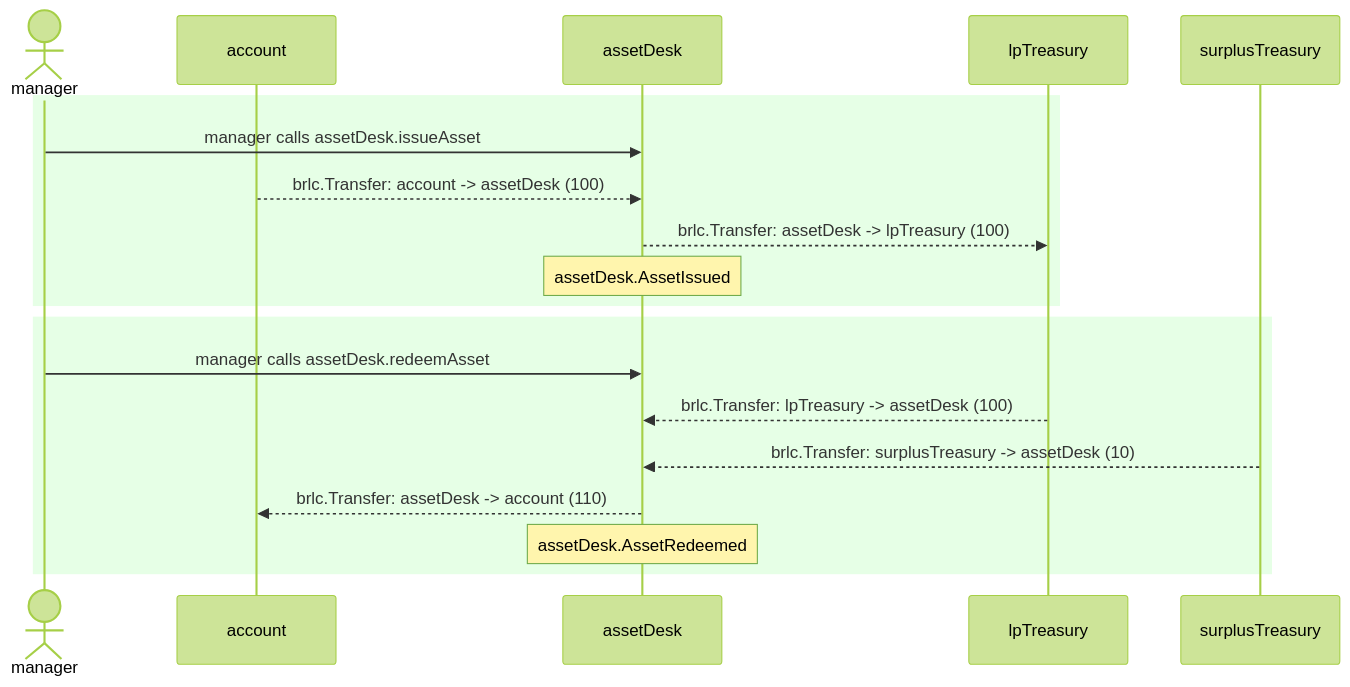
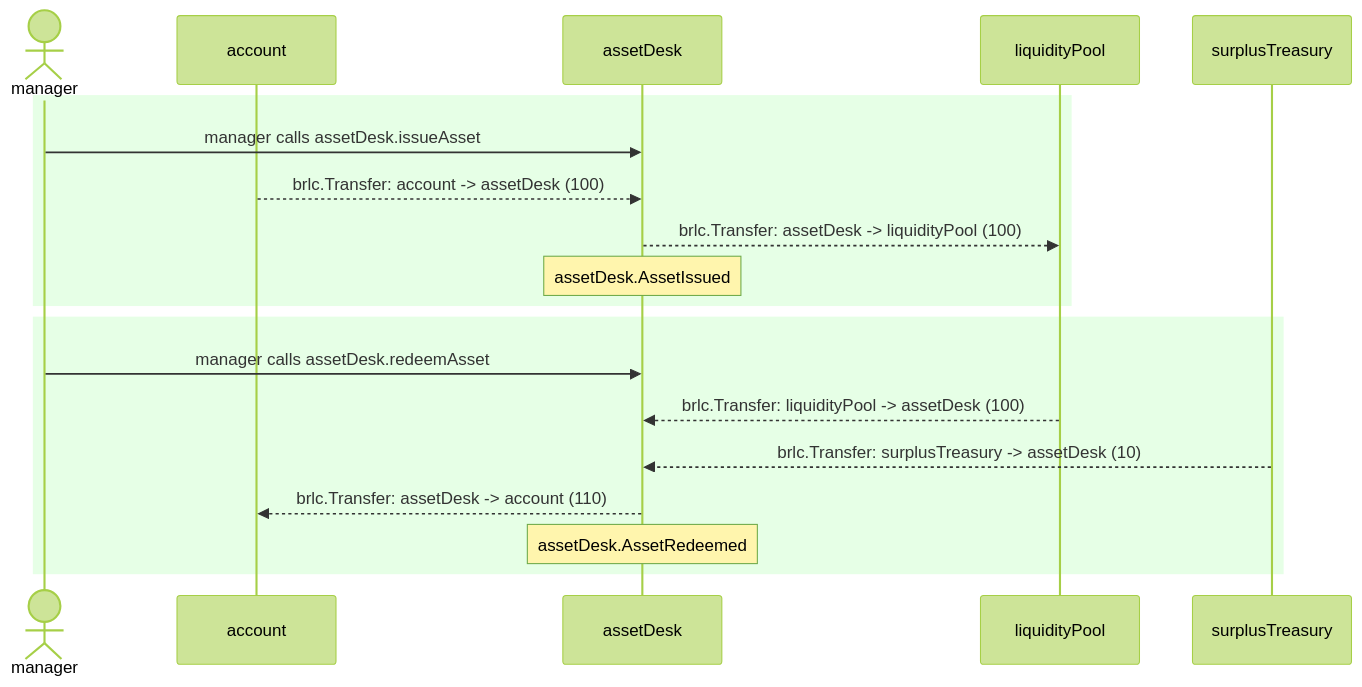
The diagram in test/__snapshots__humans__/AssetTransitDesk.test.md (cloudwalk/brlc-asset-transit-desk), drawn with Mermaid (forest theme) before and after one commit. The commit also changed other lines of this file and 5 other files, not shown here.

````diff
--- a/test/__snapshots__humans__/AssetTransitDesk.test.md
+++ b/test/__snapshots__humans__/AssetTransitDesk.test.md
@@ -10,21 +10,21 @@
 ```mermaid
 sequenceDiagram
   actor manager
   participant account
   participant assetDesk
-  participant lpTreasury
+  participant liquidityPool
   participant surplusTreasury
   rect rgb(230,255,230)
     manager->>assetDesk: manager calls assetDesk.issueAsset
     account-->>assetDesk: brlc.Transfer: account -> assetDesk (100)
-    assetDesk-->>lpTreasury: brlc.Transfer: assetDesk -> lpTreasury (100)
+    assetDesk-->>liquidityPool: brlc.Transfer: assetDesk -> liquidityPool (100)
     Note over assetDesk: assetDesk.AssetIssued
   end
   rect rgb(230,255,230)
     manager->>assetDesk: manager calls assetDesk.redeemAsset
-    lpTreasury-->>assetDesk: brlc.Transfer: lpTreasury -> assetDesk (100)
+    liquidityPool-->>assetDesk: brlc.Transfer: liquidityPool -> assetDesk (100)
     surplusTreasury-->>assetDesk: brlc.Transfer: surplusTreasury -> assetDesk (10)
     assetDesk-->>account: brlc.Transfer: assetDesk -> account (110)
     Note over assetDesk: assetDesk.AssetRedeemed
   end
 ```
````
